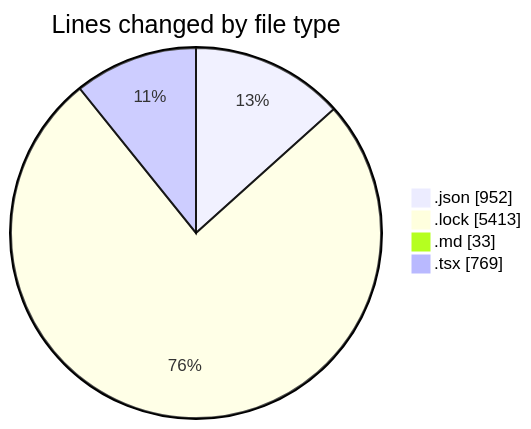
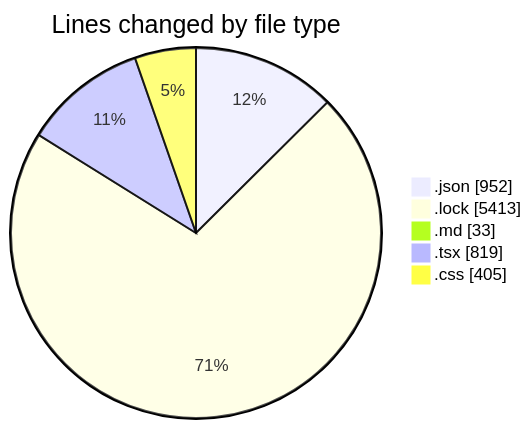
One commit to EIIisD/code-tracking changed the first of 2 diagrams in 2025-08-11/ribbon/README.md. Above: the diagram before and after it, drawn with Mermaid. The commit also changed other lines of this file and 1 other file, not shown here.

````diff
--- a/2025-08-11/ribbon/README.md
+++ b/2025-08-11/ribbon/README.md
@@ -35,8 +37,9 @@
 ```mermaid
 pie showData
 title Lines changed by file type
 ".json" : 952
 ".lock" : 5413
 ".md" : 33
-".tsx" : 769
+".tsx" : 819
+".css" : 405
 ```
````
